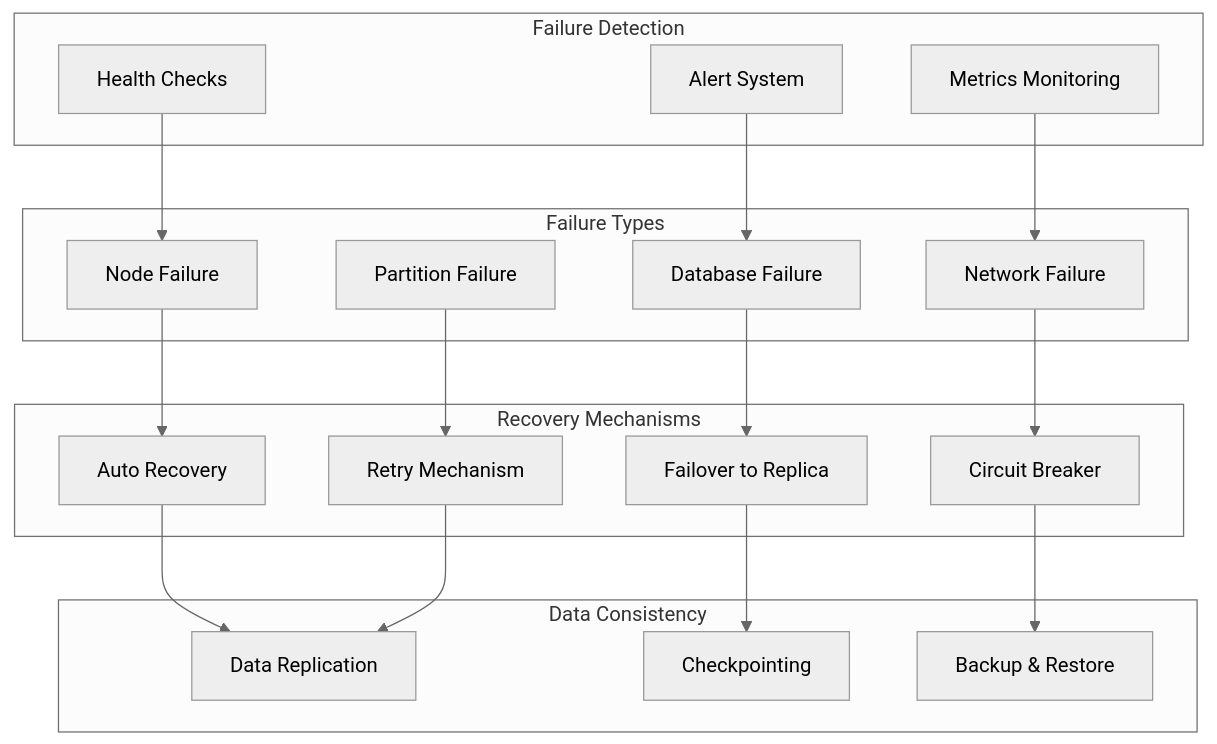
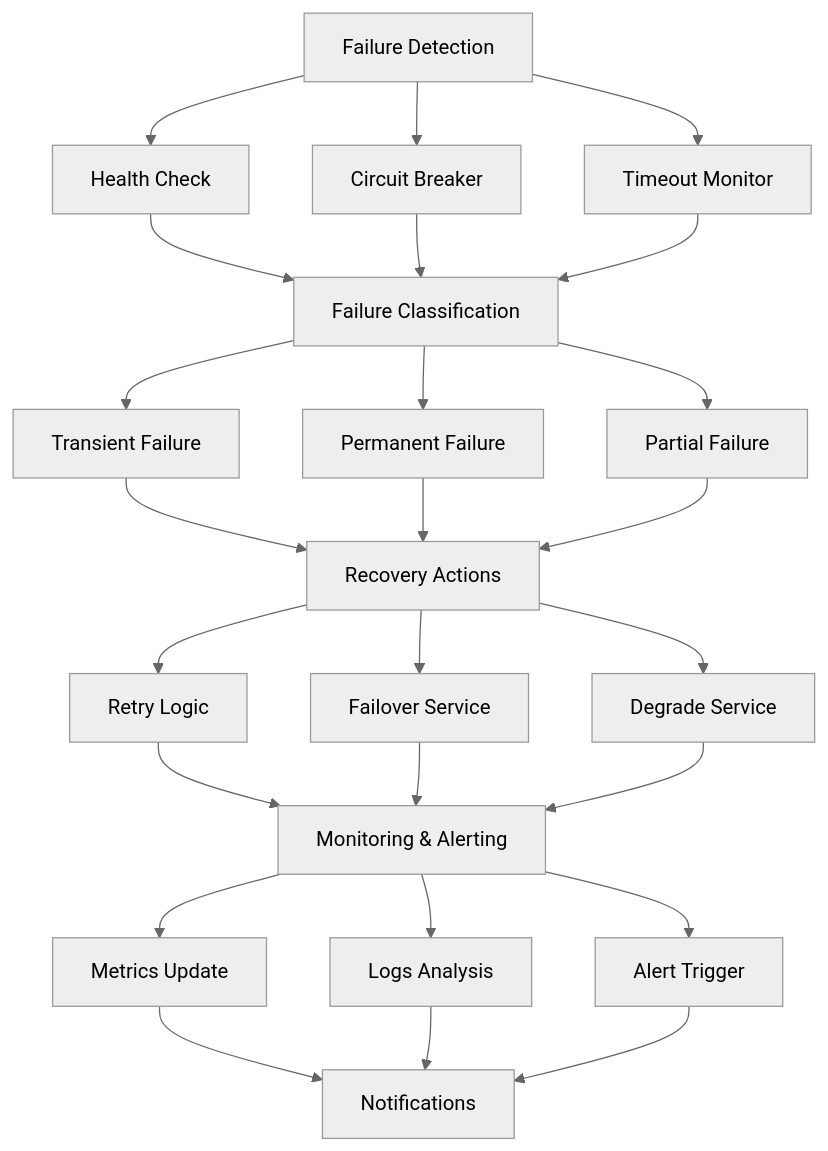
The eighth of 16 diagrams in README.md (rmjamd/android-chatting-and-posting-application), drawn with Mermaid (neutral theme) before and after one commit. The commit also changed other lines of this file, not shown here.

````diff
--- a/README.md
+++ b/README.md
@@ -1116,42 +681,34 @@
 ```mermaid
-graph TB
-    subgraph "Failure Detection"
-        HEALTH_CHECK[Health Checks]
-        METRICS_MONITOR[Metrics Monitoring]
-        ALERT_SYSTEM[Alert System]
-    end
+graph TD
+    FD[Failure Detection] --> HC[Health Check]
+    FD --> CB[Circuit Breaker]
+    FD --> TM[Timeout Monitor]
     
-    subgraph "Failure Types"
-        NODE_FAILURE[Node Failure]
-        NETWORK_FAILURE[Network Failure]
-        DB_FAILURE[Database Failure]
-        PARTITION_FAILURE[Partition Failure]
-    end
+    HC --> FC[Failure Classification]
+    CB --> FC
+    TM --> FC
     
-    subgraph "Recovery Mechanisms"
-        AUTO_RECOVERY[Auto Recovery]
-        FAILOVER[Failover to Replica]
-        CIRCUIT_BREAKER[Circuit Breaker]
-        RETRY_MECHANISM[Retry Mechanism]
-    end
+    FC --> TF[Transient Failure]
+    FC --> PF[Permanent Failure]
+    FC --> PARF[Partial Failure]
     
-    subgraph "Data Consistency"
-        REPLICATION[Data Replication]
-        CHECKPOINTING[Checkpointing]
-        BACKUP_RESTORE[Backup & Restore]
-    end
+    TF --> RA[Recovery Actions]
+    PF --> RA
+    PARF --> RA
     
-    HEALTH_CHECK --> NODE_FAILURE
-    METRICS_MONITOR --> NETWORK_FAILURE
-    ALERT_SYSTEM --> DB_FAILURE
+    RA --> RL[Retry Logic]
+    RA --> FS[Failover Service]
+    RA --> DS[Degrade Service]
     
-    NODE_FAILURE --> AUTO_RECOVERY
-    NETWORK_FAILURE --> CIRCUIT_BREAKER
-    DB_FAILURE --> FAILOVER
-    PARTITION_FAILURE --> RETRY_MECHANISM
+    RL --> MA[Monitoring & Alerting]
+    FS --> MA
+    DS --> MA
     
-    AUTO_RECOVERY --> REPLICATION
-    FAILOVER --> CHECKPOINTING
-    CIRCUIT_BREAKER --> BACKUP_RESTORE
-    RETRY_MECHANISM --> REPLICATION
+    MA --> MU[Metrics Update]
+    MA --> LA[Logs Analysis]
+    MA --> AT[Alert Trigger]
+    
+    MU --> NOTIF[Notifications]
+    LA --> NOTIF
+    AT --> NOTIF
 ```
````
